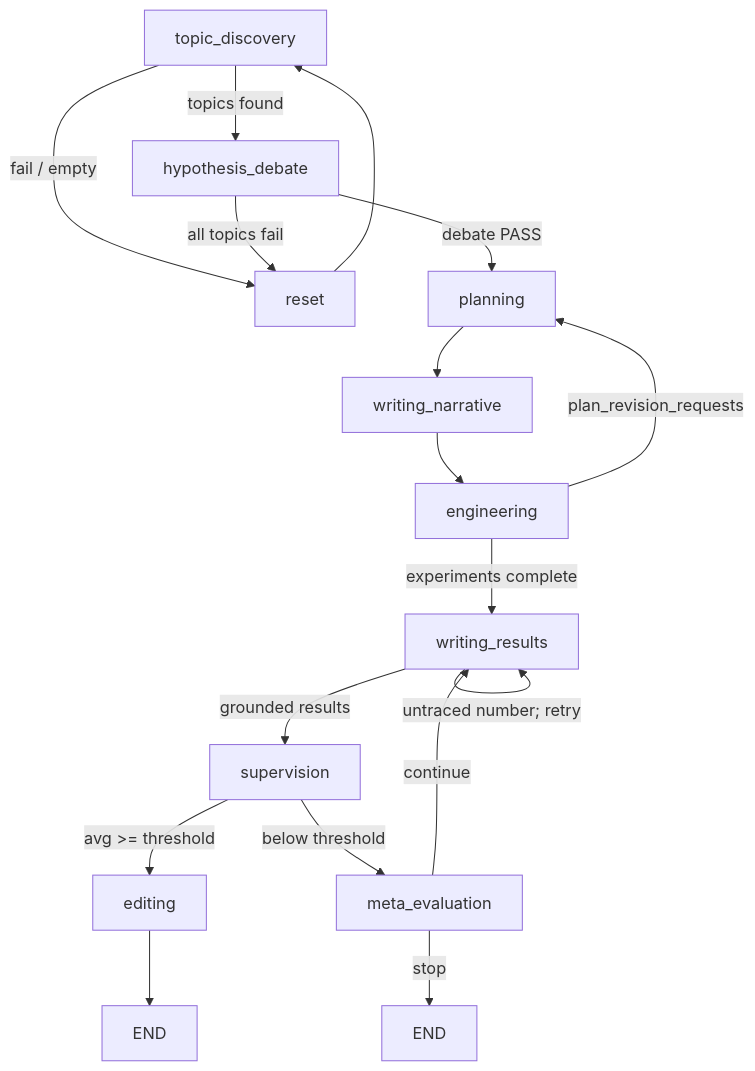
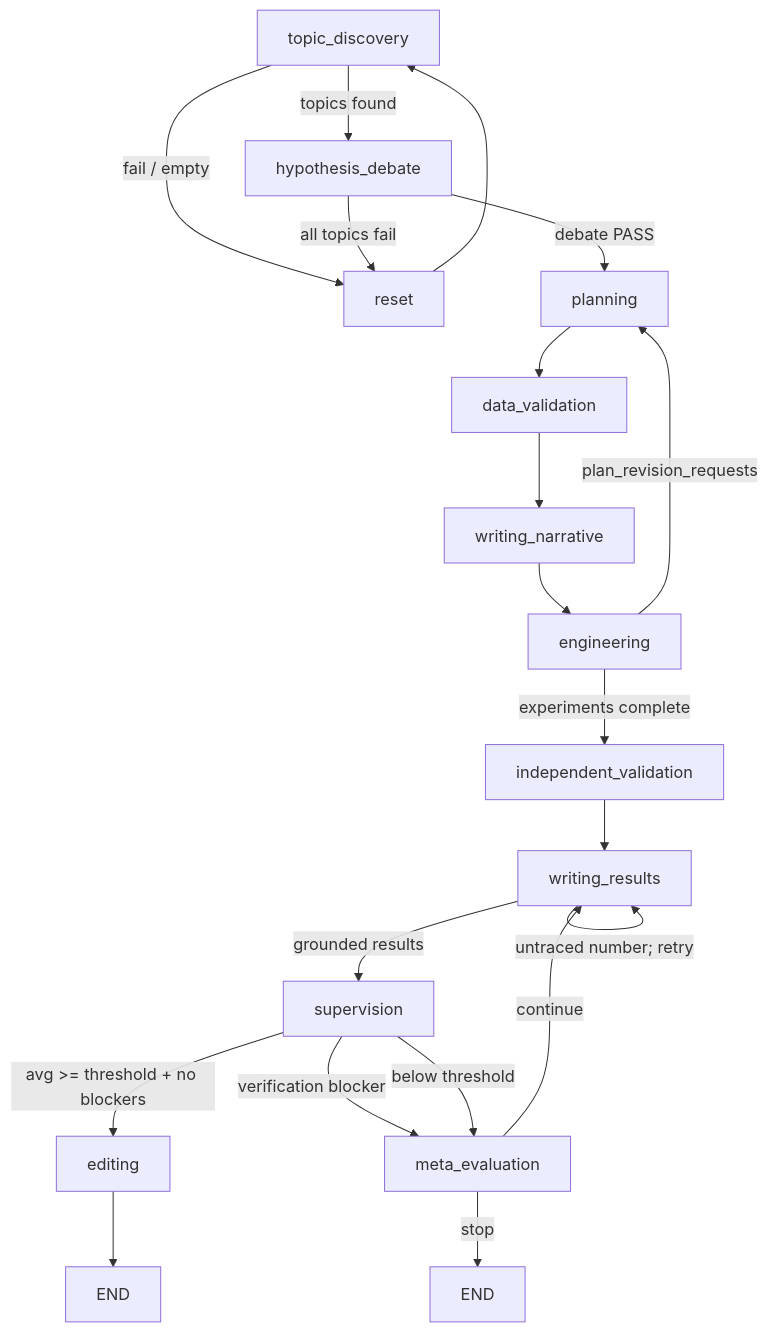
Before and after one commit to AbubakarAmin/Scholargraph: the diagram in README.md, drawn with Mermaid. The commit also changed other lines of this file and 30 other files, not shown here.

````diff
--- a/README.md
+++ b/README.md
@@ -191,19 +218,22 @@
 ```mermaid
 graph TD
     TD[topic_discovery] -->|fail / empty| R[reset]
     TD -->|topics found| HD[hypothesis_debate]
     HD -->|all topics fail| R
     HD -->|debate PASS| PL[planning]
     R --> TD
-    PL --> WN[writing_narrative]
+    PL --> DV[data_validation]
+    DV --> WN[writing_narrative]
     WN --> EN[engineering]
     EN -->|plan_revision_requests| PL
-    EN -->|experiments complete| WR[writing_results]
+    EN -->|experiments complete| IV[independent_validation]
+    IV --> WR[writing_results]
     WR -->|untraced number; retry| WR
     WR -->|grounded results| SU[supervision]
-    SU -->|avg >= threshold| ED[editing]
+    SU -->|avg >= threshold + no blockers| ED[editing]
+    SU -->|verification blocker| ME[meta_evaluation]
     SU -->|below threshold| ME[meta_evaluation]
     ME -->|continue| WR
     ME -->|stop| END1[END]
     ED --> END2[END]
 ```
````
